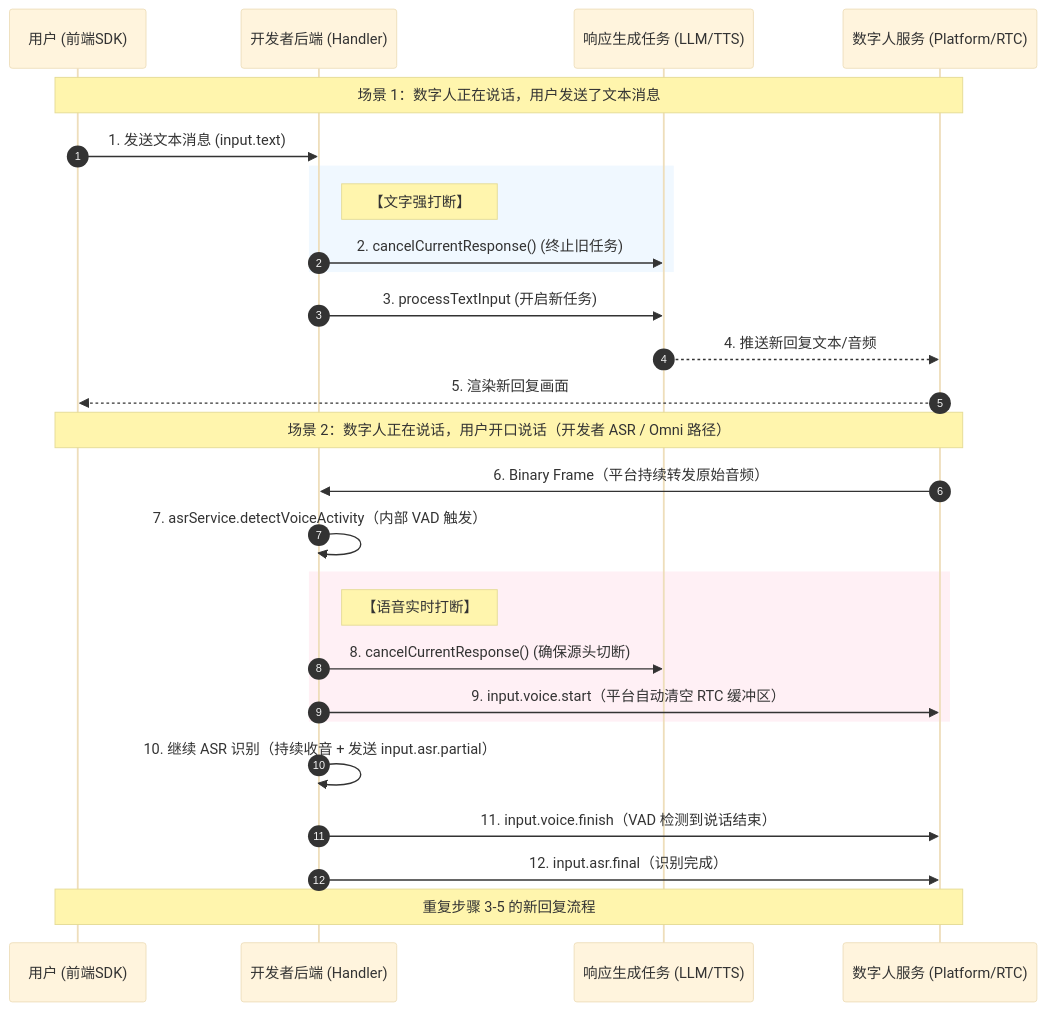
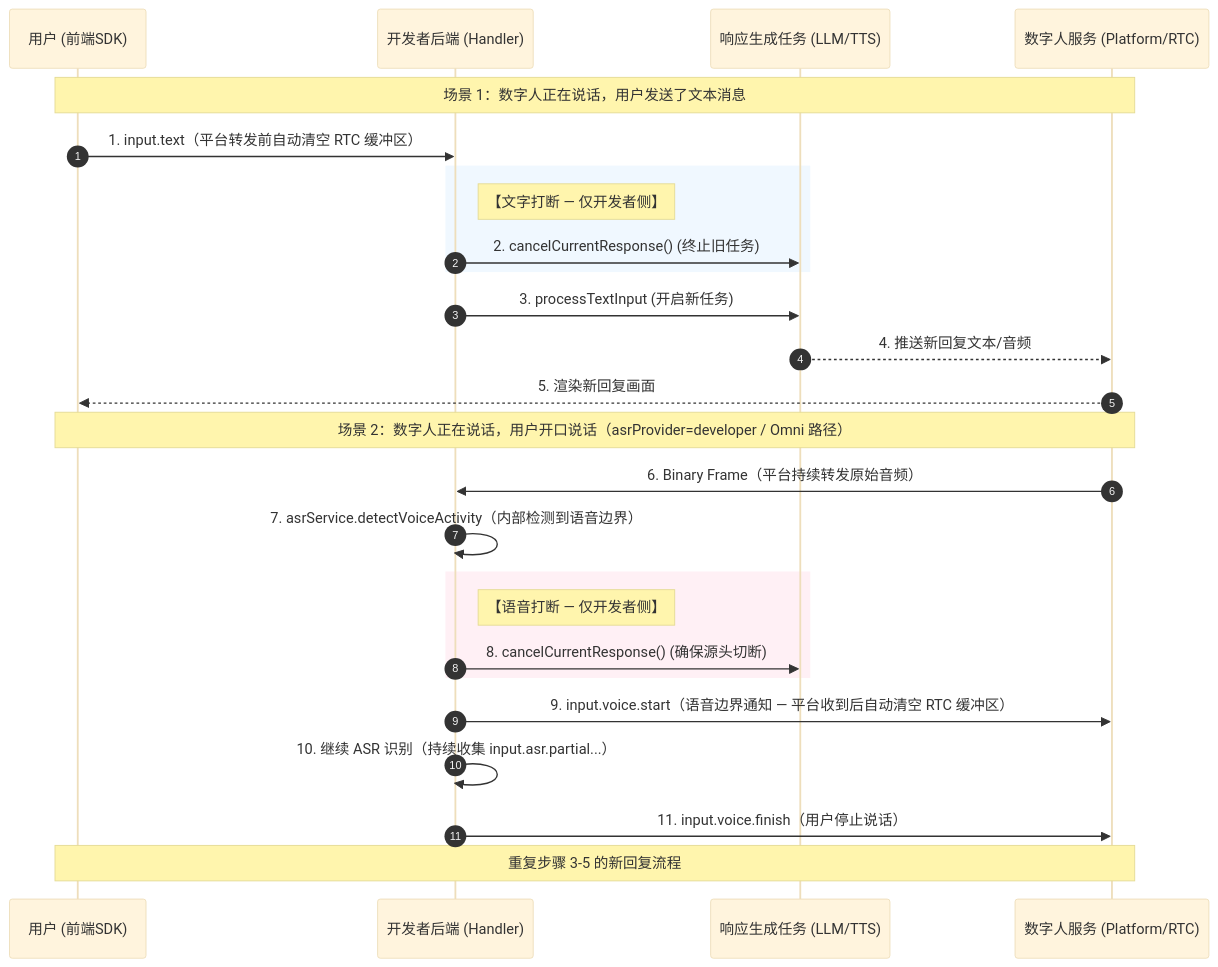
One commit to newportAI-lab/liveavatar-channel-python changed the second of 2 diagrams in PROTOCOL.zh.md. Above: the diagram before and after it, drawn with Mermaid (base theme). The commit also changed other lines of this file and 1 other file, not shown here.

````diff
--- a/PROTOCOL.zh.md
+++ b/PROTOCOL.zh.md
@@ -331,36 +351,35 @@
 ```mermaid
 sequenceDiagram
     autonumber
     participant User as 用户 (前端SDK)
     participant AppServer as 开发者后端 (Handler)
     participant Task as 响应生成任务 (LLM/TTS)
     participant Avatar as 数字人服务 (Platform/RTC)
 
     Note over User, Avatar: 场景 1：数字人正在说话，用户发送了文本消息
-    User->>AppServer: 1. 发送文本消息 (input.text)
-    
+    User->>AppServer: 1. input.text（平台转发前自动清空 RTC 缓冲区）
+
     rect rgb(240, 248, 255)
-        Note right of AppServer: 【文字强打断】
+        Note right of AppServer: 【文字打断 — 仅开发者侧】
         AppServer->>Task: 2. cancelCurrentResponse() (终止旧任务)
     end
-    
+
     AppServer->>Task: 3. processTextInput (开启新任务)
     Task-->>Avatar: 4. 推送新回复文本/音频
     Avatar-->>User: 5. 渲染新回复画面
 
-    Note over User, Avatar: 场景 2：数字人正在说话，用户开口说话（开发者 ASR / Omni 路径）
+    Note over User, Avatar: 场景 2：数字人正在说话，用户开口说话（asrProvider=developer / Omni 路径）
     Avatar->>AppServer: 6. Binary Frame（平台持续转发原始音频）
-    
-    AppServer->>AppServer: 7. asrService.detectVoiceActivity（内部 VAD 触发）
-    
+
+    AppServer->>AppServer: 7. asrService.detectVoiceActivity（内部检测到语音边界）
+
     rect rgb(255, 240, 245)
-        Note right of AppServer: 【语音实时打断】
+        Note right of AppServer: 【语音打断 — 仅开发者侧】
         AppServer->>Task: 8. cancelCurrentResponse() (确保源头切断)
-        AppServer->>Avatar: 9. input.voice.start（平台自动清空 RTC 缓冲区）
     end
 
-    AppServer->>AppServer: 10. 继续 ASR 识别（持续收音 + 发送 input.asr.partial）
-    AppServer->>Avatar: 11. input.voice.finish（VAD 检测到说话结束）
-    AppServer->>Avatar: 12. input.asr.final（识别完成）
+    AppServer->>Avatar: 9. input.voice.start（语音边界通知 — 平台收到后自动清空 RTC 缓冲区）
+    AppServer->>AppServer: 10. 继续 ASR 识别（持续收集 input.asr.partial...）
+    AppServer->>Avatar: 11. input.voice.finish（用户停止说话）
     Note over User, Avatar: 重复步骤 3-5 的新回复流程
 ```
````
